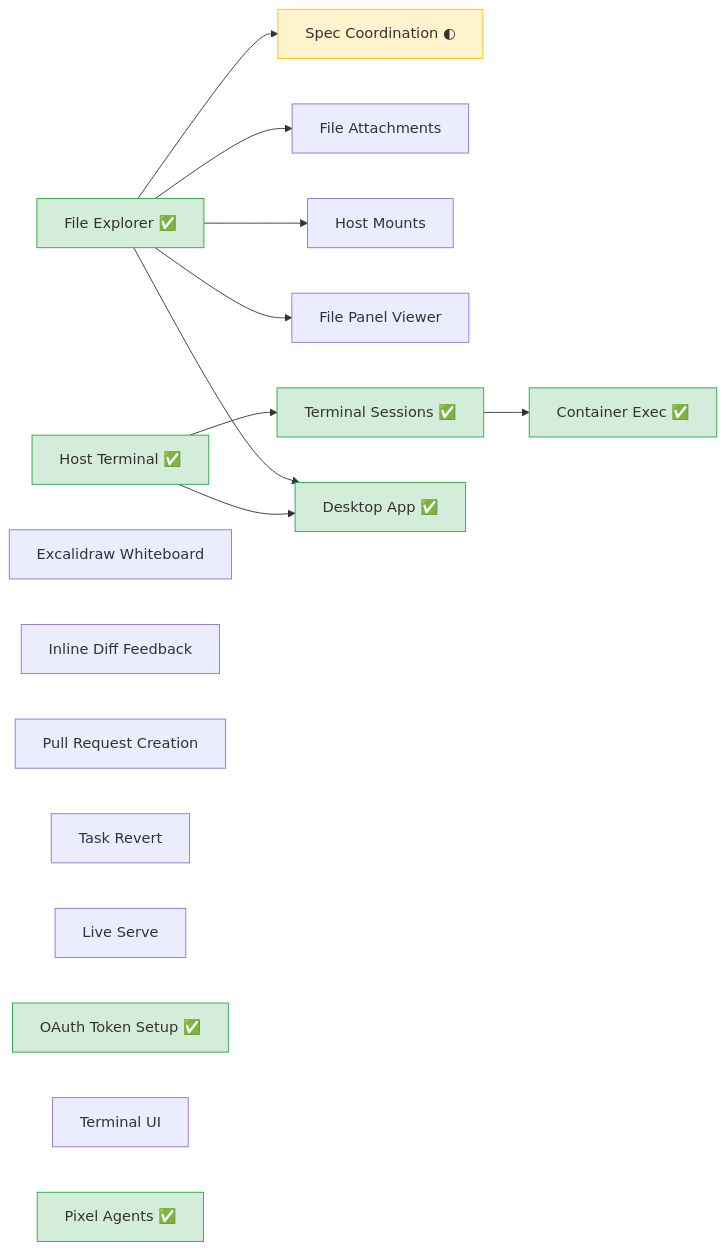
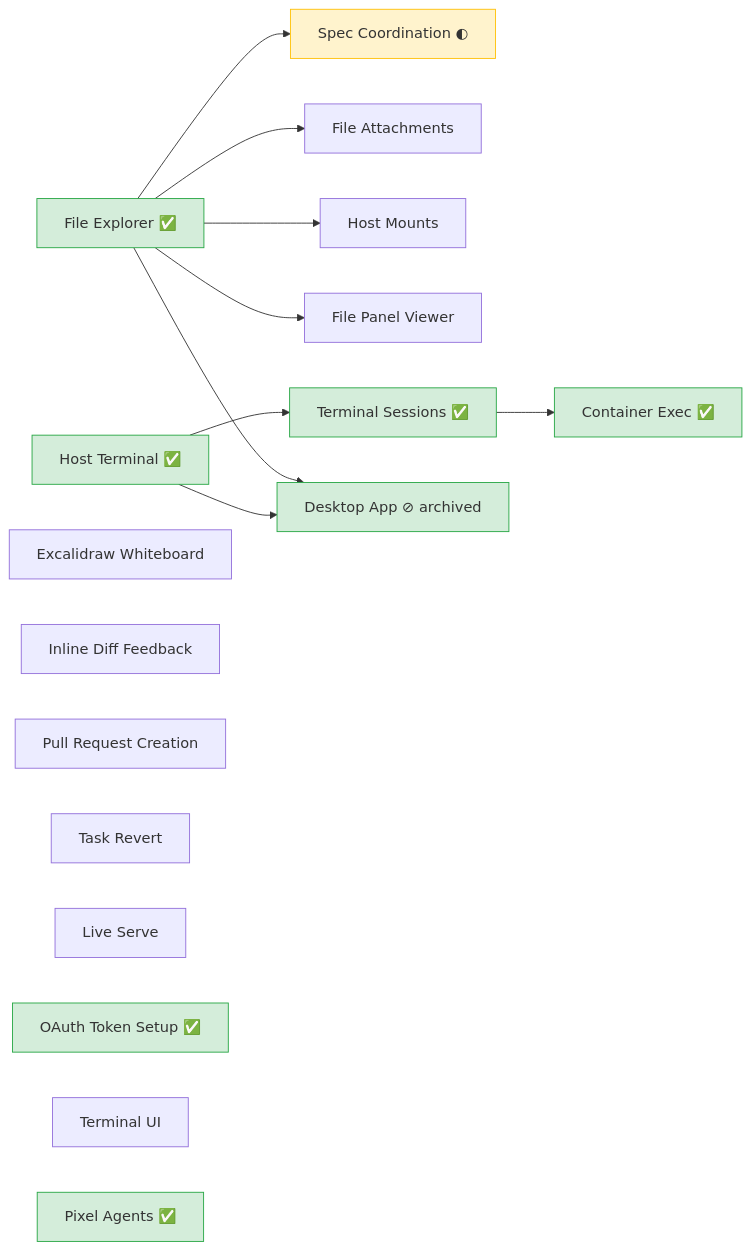
The first of 4 diagrams in specs/README.md (changkun/wallfacer), drawn with Mermaid before and after one commit. The commit also changed other lines of this file and 3 other files, not shown here.

First line of the commit message:
docs(desktop): mark desktop app removed in docs and specs

````diff
--- a/specs/README.md
+++ b/specs/README.md
@@ -84,28 +84,28 @@
 ```mermaid
 graph LR
   FE[File Explorer ✅] --> SC[Spec Coordination ◐]
   FE --> FA[File Attachments]
   FE --> HM[Host Mounts]
   FE --> FPV[File Panel Viewer]
   HT[Host Terminal ✅] --> TS[Terminal Sessions ✅] --> CE[Container Exec ✅]
-  FE --> DA[Desktop App ✅]
+  FE --> DA[Desktop App ⊘ archived]
   HT --> DA
 
   EW[Excalidraw Whiteboard]
   IDF[Inline Diff Feedback]
   PR[Pull Request Creation]
   TR[Task Revert]
   LS[Live Serve]
   OTS[OAuth Token Setup ✅]
   TUI[Terminal UI]
   PA[Pixel Agents ✅]
 
   style FE fill:#d4edda,stroke:#28a745
   style HT fill:#d4edda,stroke:#28a745
   style TS fill:#d4edda,stroke:#28a745
   style CE fill:#d4edda,stroke:#28a745
   style DA fill:#d4edda,stroke:#28a745
   style OTS fill:#d4edda,stroke:#28a745
   style PA fill:#d4edda,stroke:#28a745
   style SC fill:#fff3cd,stroke:#ffc107
 ```
````
